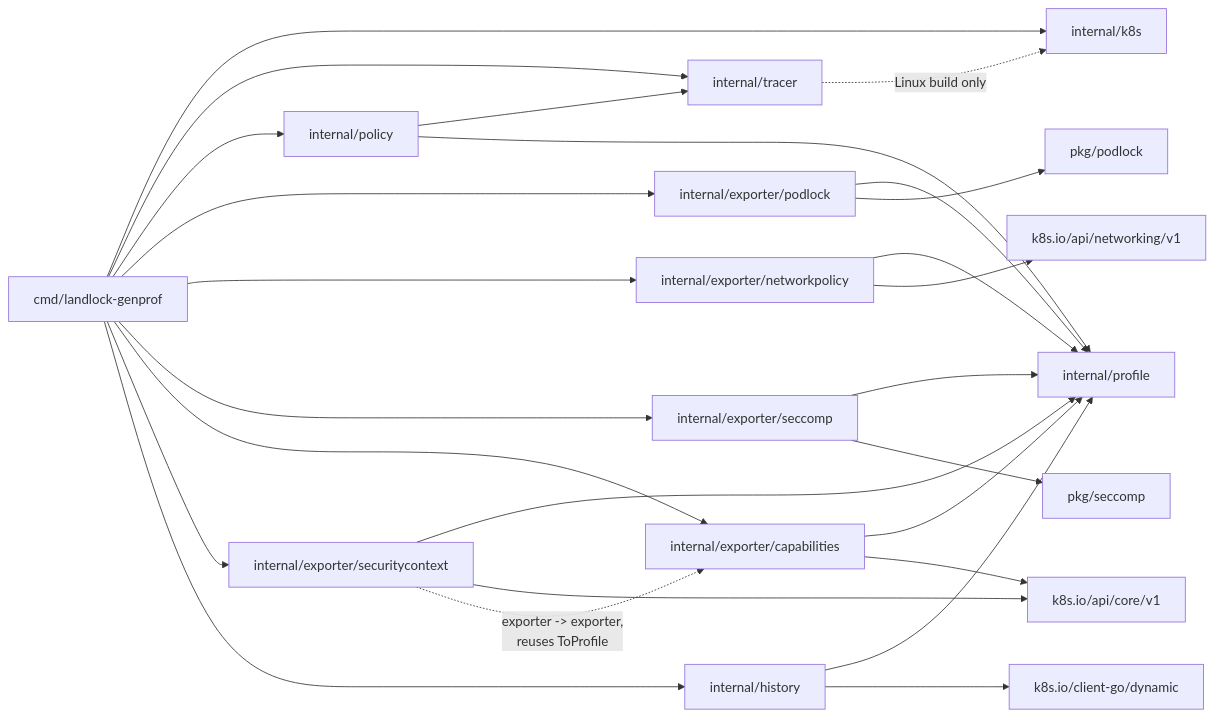
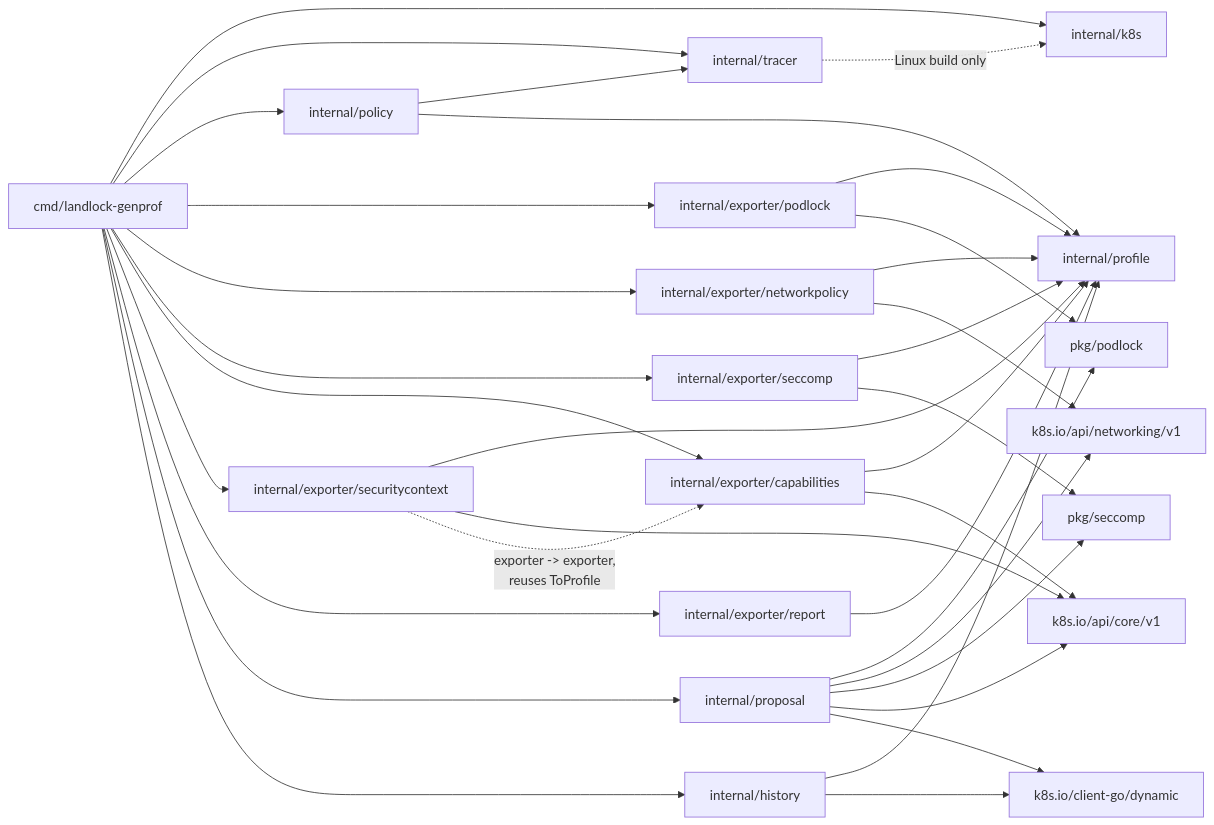
One commit to idriss-eliguene/landlock-genprof changed the third of 3 diagrams in docs/architecture.md. Above: the diagram before and after it, drawn with Mermaid. The commit also changed other lines of this file and 11 other files, not shown here.

````diff
--- a/docs/architecture.md
+++ b/docs/architecture.md
@@ -262,45 +315,55 @@
 ```mermaid
 flowchart LR
     cmd["cmd/landlock-genprof"]
     k8s["internal/k8s"]
     tracer["internal/tracer"]
     policy["internal/policy"]
     ir["internal/profile"]
     exporter["internal/exporter/podlock"]
     podlock["pkg/podlock"]
     netexporter["internal/exporter/networkpolicy"]
     netpolicyapi["k8s.io/api/networking/v1"]
     seccompexporter["internal/exporter/seccomp"]
     seccomppkg["pkg/seccomp"]
     capexporter["internal/exporter/capabilities"]
     corev1api["k8s.io/api/core/v1"]
     scexporter["internal/exporter/securitycontext"]
+    reportexporter["internal/exporter/report"]
+    proposalpkg["internal/proposal"]
     history["internal/history"]
     dynamicclient["k8s.io/client-go/dynamic"]
 
     cmd --> k8s
     cmd --> tracer
     cmd --> policy
     cmd --> exporter
     cmd --> netexporter
     cmd --> seccompexporter
     cmd --> capexporter
     cmd --> scexporter
+    cmd --> reportexporter
+    cmd --> proposalpkg
     cmd --> history
     policy --> tracer
     policy --> ir
     exporter --> ir
     exporter --> podlock
     netexporter --> ir
     netexporter --> netpolicyapi
     seccompexporter --> ir
     seccompexporter --> seccomppkg
     capexporter --> ir
     capexporter --> corev1api
     scexporter --> ir
     scexporter --> corev1api
     scexporter -. "exporter -> exporter,<br/>reuses ToProfile" .-> capexporter
+    reportexporter --> ir
+    proposalpkg --> podlock
+    proposalpkg --> netpolicyapi
+    proposalpkg --> seccomppkg
+    proposalpkg --> corev1api
+    proposalpkg --> dynamicclient
     history --> ir
     history --> dynamicclient
     tracer -. "Linux build only" .-> k8s
 ```
````
